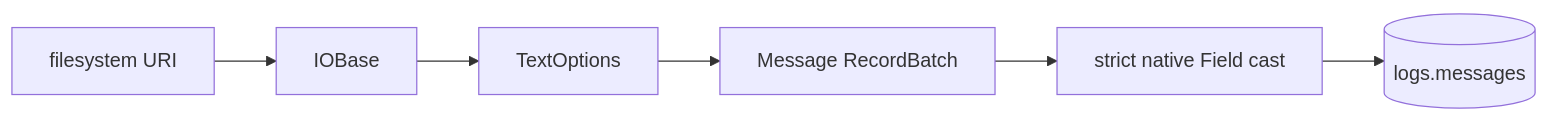
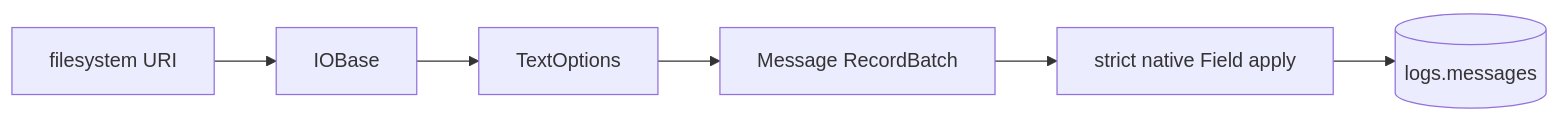
One commit to Platob/yggfin changed the diagram in docs/pipeline/index.md. Above: the diagram before and after it, drawn with Mermaid. The commit also changed 37 other files, not shown here.

````diff
--- a/docs/pipeline/index.md
+++ b/docs/pipeline/index.md
@@ -3,8 +3,8 @@
 ```mermaid
 flowchart LR
     U[filesystem URI] --> I[IOBase]
     I --> T[TextOptions]
     T --> M[Message RecordBatch]
-    M --> C[strict native Field cast]
+    M --> C[strict native Field apply]
     C --> D[(logs.messages)]
 ```
````
